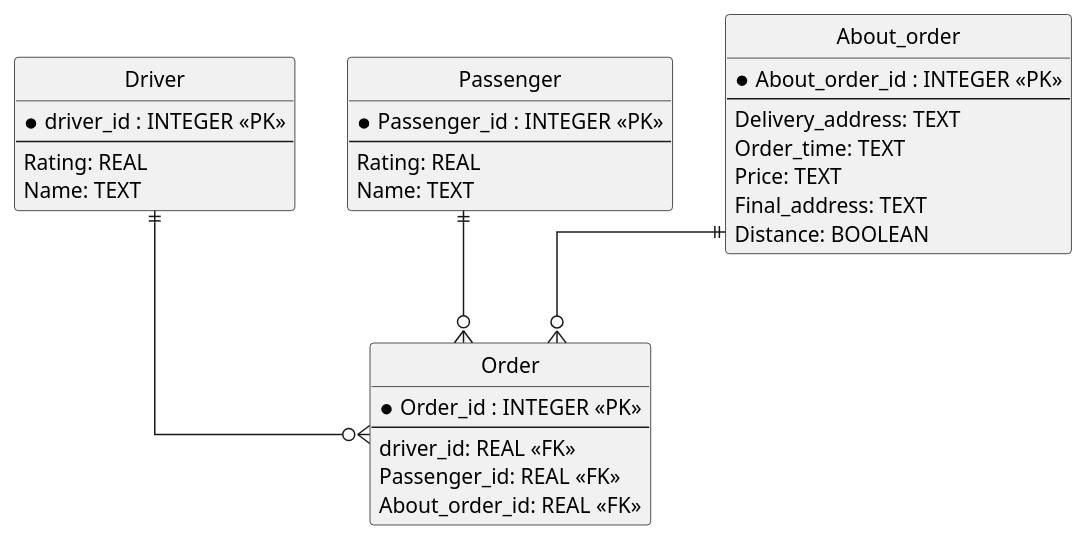
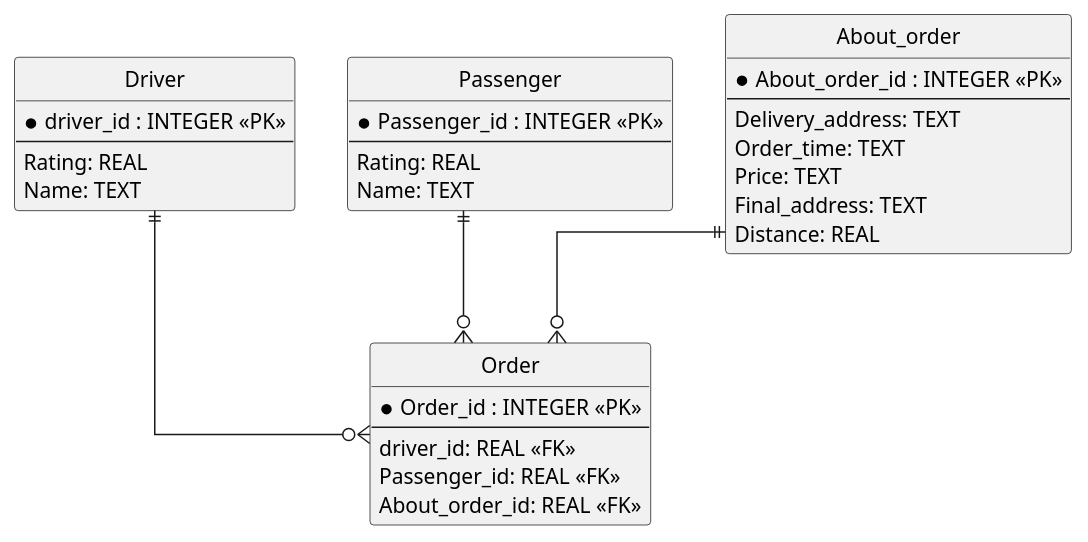
Before and after one commit to Pys7ou/Project_infXXX: the diagram in docs/er.puml, drawn with PlantUML. The commit also changed 7 other files, not shown here.

```diff
--- a/docs/er.puml
+++ b/docs/er.puml
@@ -1,37 +1,37 @@
 @startuml
 hide circle
 skinparam linetype ortho
 entity "Driver" as Driver {
   *driver_id : INTEGER <<PK>>
   --
   Rating: REAL
   Name: TEXT
 }
 
 entity "Passenger" as Passenger {
   *Passenger_id : INTEGER <<PK>>
   --
   Rating: REAL
   Name: TEXT
 }
 
 entity "Order" as Order {
   *Order_id : INTEGER <<PK>>
   --
  driver_id: REAL <<FK>>
  Passenger_id: REAL <<FK>>
  About_order_id: REAL <<FK>>
 }
 entity "About_order" as About_order {
   *About_order_id : INTEGER <<PK>>
   --
  Delivery_address: TEXT
  Order_time: TEXT
  Price: TEXT
  Final_address: TEXT
- Distance: BOOLEAN
+ Distance: REAL
 }
 Driver ||--o{ Order
 Passenger ||--o{ Order
 About_order ||--o{ Order
 @enduml
```
